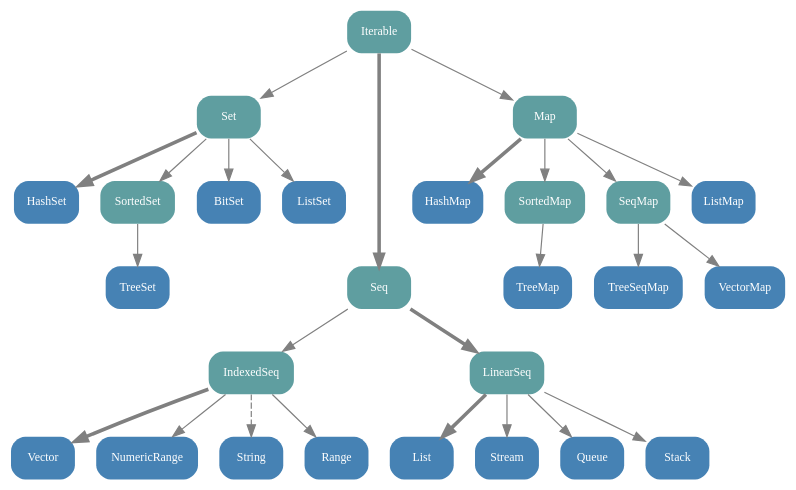
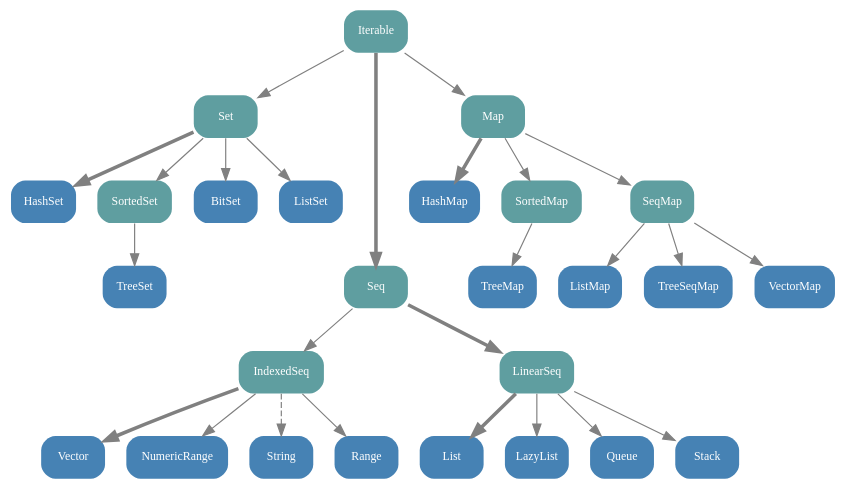
The diagram in src/scala.collection.immutable.gv (er1c/scala-collections-charts), drawn with Graphviz before and after one commit. The commit also changed 1 other file, not shown here.

```diff
--- a/src/scala.collection.immutable.gv
+++ b/src/scala.collection.immutable.gv
@@ -1,75 +1,75 @@
 // dot graphs for the Scala 2.13 Collections API
 // package scala.collection.immutable
 // (C) 2010 by Mathias
 // (C) 2015 and 2019 by Mike Slinn
 
 digraph "scala.collection.immutable" {
   bgcolor=transparent
   dpi=68
 
   // layout help
   node [shape=point, style=invis]
   edge [style=invis]
   Level0 -> Level1 -> Level2 -> Level3 -> Level4 -> Level5
 
   // node definitions
   node [shape=box, style="rounded, filled", fontname=tahoma, fontsize=10, fontcolor=white, color=none, fillcolor=cadetblue]
     iIterable [label="Iterable", URL="http://www.scala-lang.org/api/current/scala/collection/immutable/Iterable.html"]
       iSet [label="Set", URL="http://www.scala-lang.org/api/current/scala/collection/immutable/Set.html"]
         iHashSet [fillcolor="steelblue", label="HashSet", URL="http://www.scala-lang.org/api/current/scala/collection/immutable/HashSet.html"]
         iSortedSet [label="SortedSet", URL="http://www.scala-lang.org/api/current/scala/collection/immutable/SortedSet.html"]
           TreeSet [fillcolor="steelblue", URL="http://www.scala-lang.org/api/current/scala/collection/immutable/TreeSet.html"]
         iBitSet [fillcolor="steelblue", label="BitSet", URL="http://www.scala-lang.org/api/current/scala/collection/immutable/BitSet.html"]
         ListSet [fillcolor="steelblue", URL="http://www.scala-lang.org/api/current/scala/collection/immutable/ListSet.html"]
       iSeq [label="Seq", URL="http://www.scala-lang.org/api/current/scala/collection/immutable/Seq.html"]
         iIndexedSeq [label="IndexedSeq", URL="http://www.scala-lang.org/api/current/scala/collection/immutable/IndexedSeq.html"]
           Vector [fillcolor="steelblue", URL="http://www.scala-lang.org/api/current/scala/collection/immutable/Vector.html"]
           NumericRange [fillcolor="steelblue", URL="http://www.scala-lang.org/api/current/scala/collection/immutable/NumericRange.html"]
           String [fillcolor="steelblue", URL="http://download.oracle.com/javase/6/docs/api/java/lang/String.html"]
           Range [fillcolor="steelblue", URL="http://www.scala-lang.org/api/current/scala/collection/immutable/Range.html"]
         iLinearSeq [label="LinearSeq", URL="http://www.scala-lang.org/api/current/scala/collection/immutable/LinearSeq.html"]
           List [fillcolor="steelblue", URL="http://www.scala-lang.org/api/current/scala/collection/immutable/List.html"]
-          Stream [fillcolor="steelblue", URL="http://www.scala-lang.org/api/current/scala/collection/immutable/Stream.html"]
+          LazyList [fillcolor="steelblue", URL="http://www.scala-lang.org/api/current/scala/collection/immutable/LazyList.html"]
           iQueue [fillcolor="steelblue", label="Queue", URL="http://www.scala-lang.org/api/current/scala/collection/immutable/Queue.html"]
           iStack [fillcolor="steelblue", label="Stack", URL="http://www.scala-lang.org/api/current/scala/collection/immutable/Stack.html"]
       iMap [label="Map", URL="http://www.scala-lang.org/api/current/scala/collection/immutable/Map.html"]
         iHashMap [fillcolor="steelblue", label="HashMap", URL="http://www.scala-lang.org/api/current/scala/collection/immutable/HashMap.html"]
         iSortedMap [label="SortedMap", URL="http://www.scala-lang.org/api/current/scala/collection/immutable/SortedMap.html"]
           TreeMap [fillcolor="steelblue", URL="http://www.scala-lang.org/api/current/scala/collection/immutable/TreeMap.html"]
       iSeqMap [label="SeqMap", URL="http://www.scala-lang.org/api/current/scala/collection/immutable/SeqMap.html"]
         iListMap [fillcolor="steelblue", label="ListMap", URL="http://www.scala-lang.org/api/current/scala/collection/immutable/ListMap.html"]
         iTreeSeqMap [fillcolor="steelblue", label="TreeSeqMap", URL="http://www.scala-lang.org/api/current/scala/collection/immutable/TreeSeqMap.html"]
         iVectorMap [fillcolor="steelblue", label="VectorMap", URL="http://www.scala-lang.org/api/current/scala/collection/immutable/VectorMap.html"]
 
   // layout help
-  { rank=same; Level1; iIterable }
-  { rank=same; Level2; iSet; iMap }
-  { rank=same; Level3; iSeqMap }
-  { rank=same; Level4; iSeq; iTreeSeqMap; iVectorMap }
-  { rank=same; Level5; iIndexedSeq; iLinearSeq }
+  { rank=same; Level0; iIterable }
+  { rank=same; Level1; iSet; iMap }
+  { rank=same; Level2; iSeqMap }
+  { rank=same; Level3; iListMap; iSeq; iTreeSeqMap; iVectorMap }
+  { rank=same; Level4; iIndexedSeq; iLinearSeq }
 
   // edge definitions
   edge [style=solid, color=gray]
   iIterable -> iSeq [penwidth=3]
   iSeq -> iIndexedSeq
   iIndexedSeq -> Vector [penwidth=3]
   iIndexedSeq -> NumericRange
   iIndexedSeq -> Range
   iIndexedSeq -> String [style=dashed, URL="http://www.scala-lang.org/api/current/scala/collection/immutable/StringOps.html"]
   iSeq -> iLinearSeq -> List [penwidth=3]
-  iLinearSeq -> Stream
+  iLinearSeq -> LazyList
   iLinearSeq -> iQueue
   iLinearSeq -> iStack
   iIterable -> iSet
   iSet -> iHashSet [penwidth=3]
   iSet -> iSortedSet -> TreeSet
   iSet -> iBitSet
   iSet -> ListSet
   iIterable -> iMap
   iMap -> iHashMap [penwidth=3]
   iMap -> iSortedMap -> TreeMap
-  iMap -> iListMap
   iMap -> iSeqMap
+  iSeqMap -> iListMap
   iSeqMap -> iTreeSeqMap
   iSeqMap -> iVectorMap
 }
```
